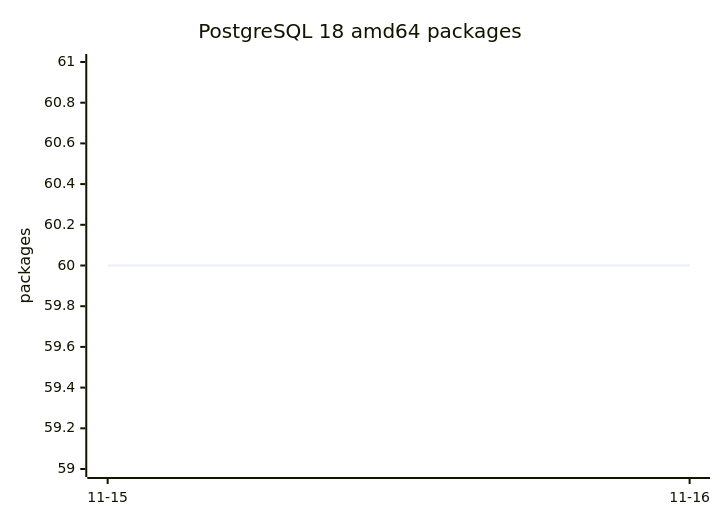
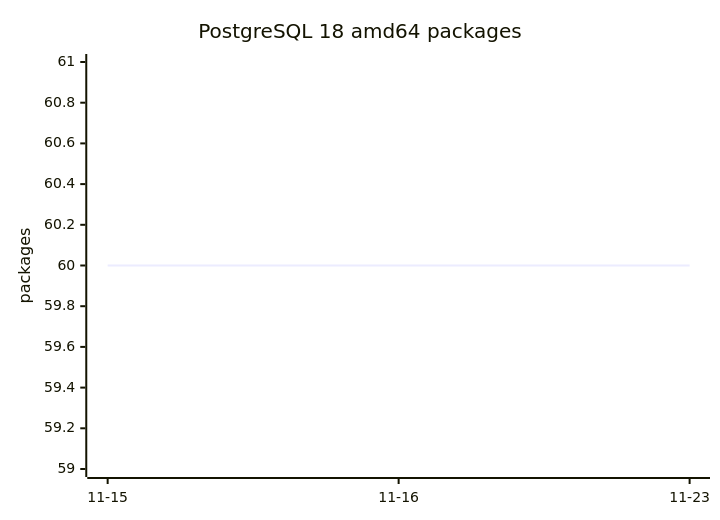
The diagram in README.md (openserbia/postgres-wolfi), drawn with Mermaid before and after one commit. The commit also changed other lines of this file and 1 other file, not shown here.

Commit message:
chore: record Wolfi package counts

````diff
--- a/README.md
+++ b/README.md
@@ -16,7 +16,7 @@
 ```mermaid
 xychart-beta
     title "PostgreSQL 18 amd64 packages"
-    x-axis ["11-15", "11-16"]
+    x-axis ["11-15", "11-16", "11-23"]
     y-axis "packages" 59 --> 61
-    line [60, 60]
+    line [60, 60, 60]
 ```
````
